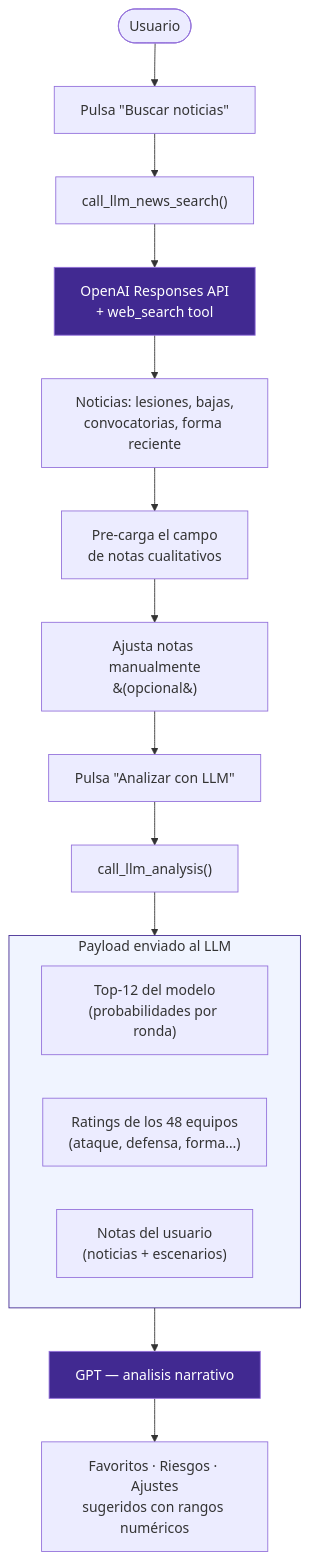
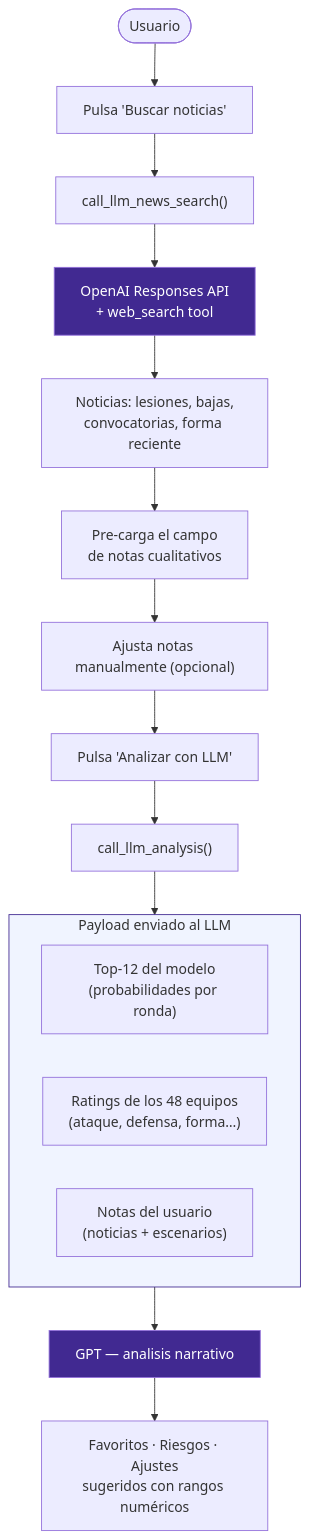
Before and after one commit to fjgonzalezmgt/WCUP2026: the diagram in README.md, drawn with Mermaid.

Commit message:
Fix flowchart text formatting in README.md for clarity

````diff
--- a/README.md
+++ b/README.md
@@ -32,26 +32,26 @@
 ```mermaid
 flowchart TD
-    U([Usuario]) --> A[Pulsa &quot;Buscar noticias&quot;]
+    U([Usuario]) --> A["Pulsa 'Buscar noticias'"]
     A --> B["call_llm_news_search()"]
     B --> C["OpenAI Responses API\n+ web_search tool"]
     C --> D["Noticias: lesiones, bajas,\nconvocatorias, forma reciente"]
     D --> E["Pre-carga el campo\nde notas cualitativos"]
 
-    E --> F[Ajusta notas manualmente\n&#40;opcional&#41;]
-    F --> G[Pulsa &quot;Analizar con LLM&quot;]
+    E --> F["Ajusta notas manualmente (opcional)"]
+    F --> G["Pulsa 'Analizar con LLM'"]
     G --> H["call_llm_analysis()"]
 
     subgraph payload [Payload enviado al LLM]
         P1["Top-12 del modelo\n(probabilidades por ronda)"]
         P2["Ratings de los 48 equipos\n(ataque, defensa, forma…)"]
         P3["Notas del usuario\n(noticias + escenarios)"]
     end
 
     H --> payload
     payload --> I["GPT — analisis narrativo"]
     I --> J["Favoritos · Riesgos · Ajustes\nsugeridos con rangos numéricos"]
 
     style C fill:#412991,color:#fff
     style I fill:#412991,color:#fff
     style payload fill:#f0f4ff,stroke:#412991
 ```
````
